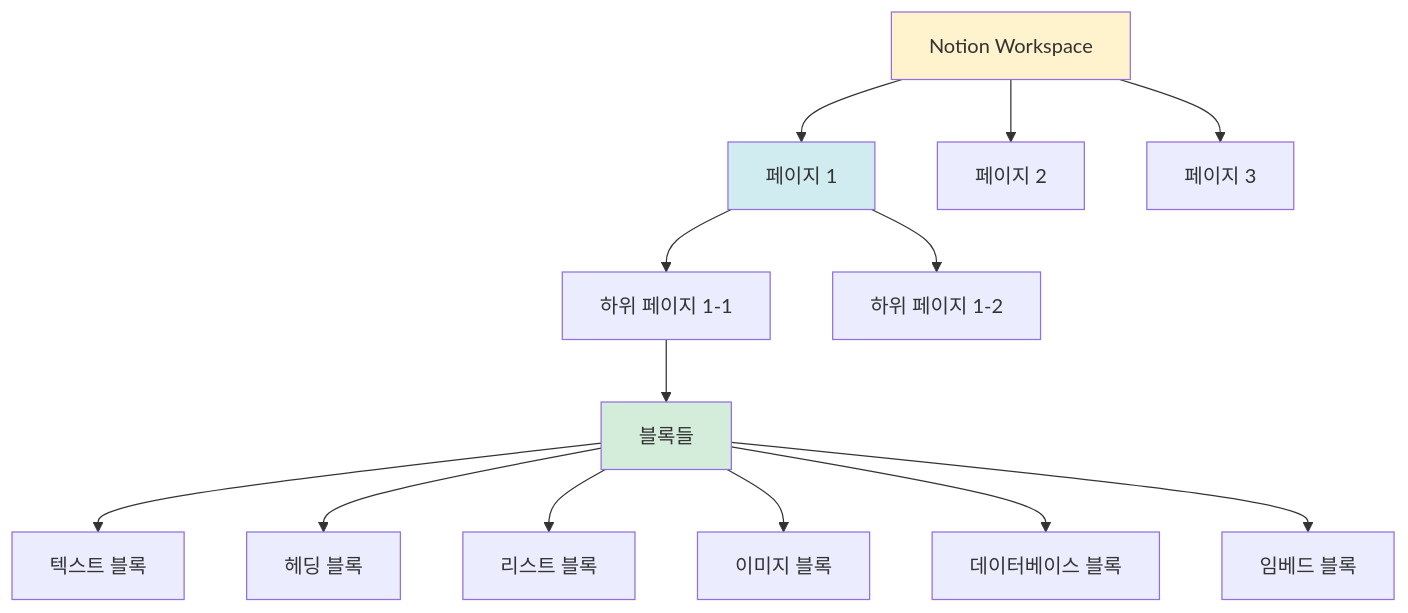
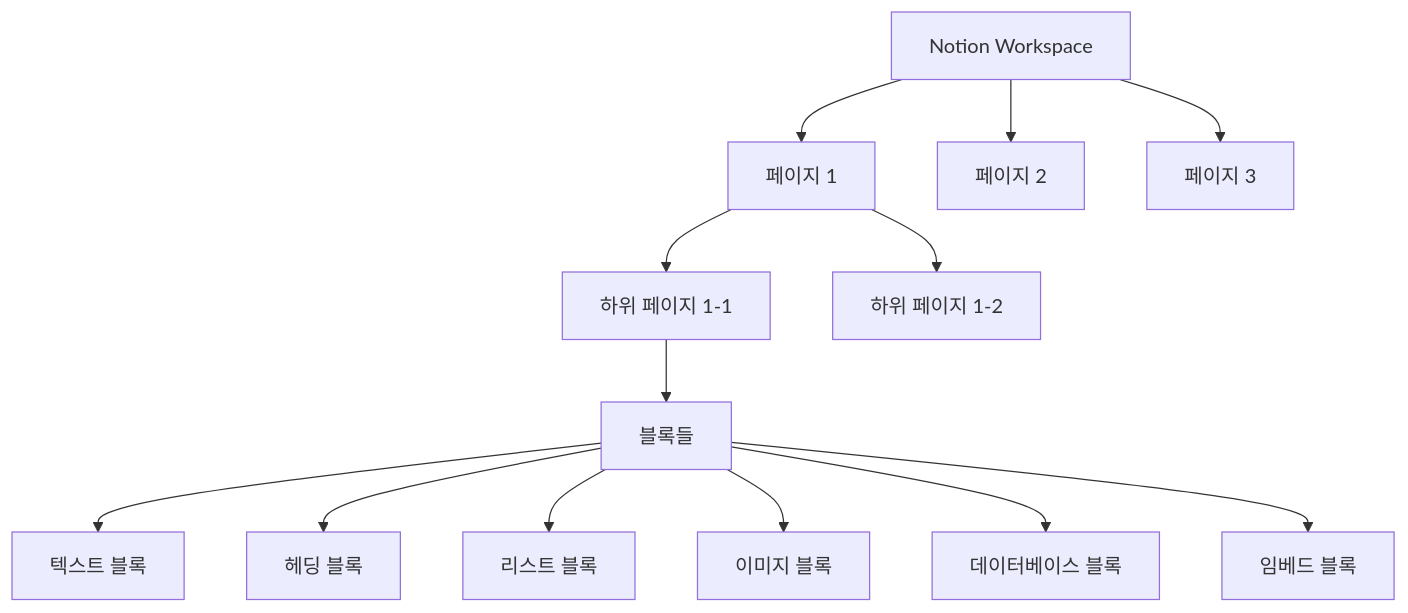
Before and after one commit to nugurejeil/weniVooks: the fourth of 9 diagrams in _md/genai-notion/chapter06/06-1.md, drawn with Mermaid. The commit also changed other lines of this file and 187 other files, not shown here.

````diff
--- a/_md/genai-notion/chapter06/06-1.md
+++ b/_md/genai-notion/chapter06/06-1.md
@@ -133,22 +135,18 @@
 ```mermaid
 graph TD
     A[Notion Workspace] --> B[페이지 1]
     A --> C[페이지 2]
     A --> D[페이지 3]
 
     B --> B1[하위 페이지 1-1]
     B --> B2[하위 페이지 1-2]
 
     B1 --> E[블록들]
 
     E --> E1[텍스트 블록]
     E --> E2[헤딩 블록]
     E --> E3[리스트 블록]
     E --> E4[이미지 블록]
     E --> E5[데이터베이스 블록]
     E --> E6[임베드 블록]
-
-    style A fill:#FFF3CD
-    style B fill:#D1ECF1
-    style E fill:#D4EDDA
 ```
````
